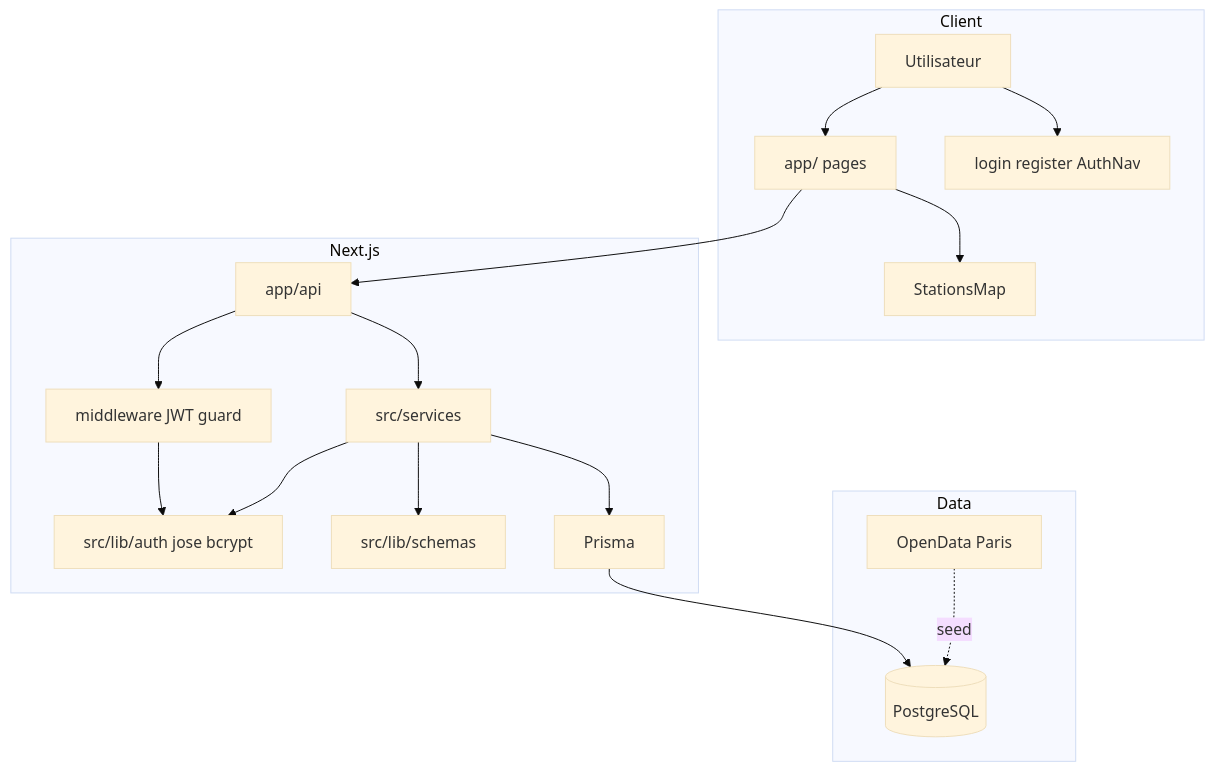
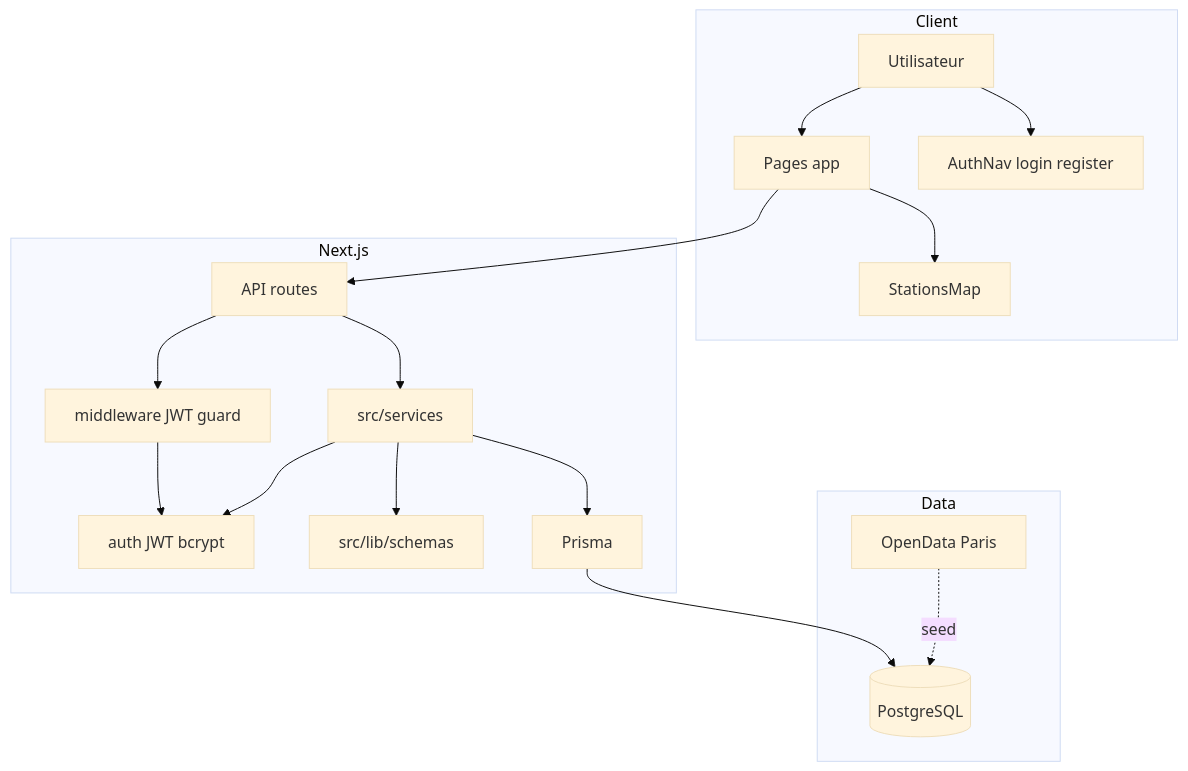
One commit to AnasMahhou10/Velib-Project changed the first of 2 diagrams in docs/00-kickoff-pack/05-architecture.md. Above: the diagram before and after it, drawn with Mermaid (base theme). The commit also changed other lines of this file and 6 other files, not shown here.

````diff
--- a/docs/00-kickoff-pack/05-architecture.md
+++ b/docs/00-kickoff-pack/05-architecture.md
@@ -9,36 +9,36 @@
 ```mermaid
 flowchart TB
   subgraph Client
     U[Utilisateur]
-    FE[app/ pages]
-    AUTHUI[login register AuthNav]
+    FE["Pages app"]
+    AUTHUI["AuthNav login register"]
     MAP[StationsMap]
   end
 
   subgraph NextServer["Next.js"]
-    API[app/api]
-    AUTHLIB[src/lib/auth jose bcrypt]
+    API["API routes"]
+    AUTHLIB["auth JWT bcrypt"]
     MW[middleware JWT guard]
     SVC[src/services]
     ZOD[src/lib/schemas]
     PR[Prisma]
   end
 
   subgraph Data
     PG[(PostgreSQL)]
     ODP[OpenData Paris]
   end
 
   U --> AUTHUI
   U --> FE
   FE --> MAP
   FE --> API
   API --> MW
   MW --> AUTHLIB
   API --> SVC
   SVC --> ZOD
   SVC --> AUTHLIB
   SVC --> PR
   PR --> PG
   ODP -. seed .-> PG
 ```
````
